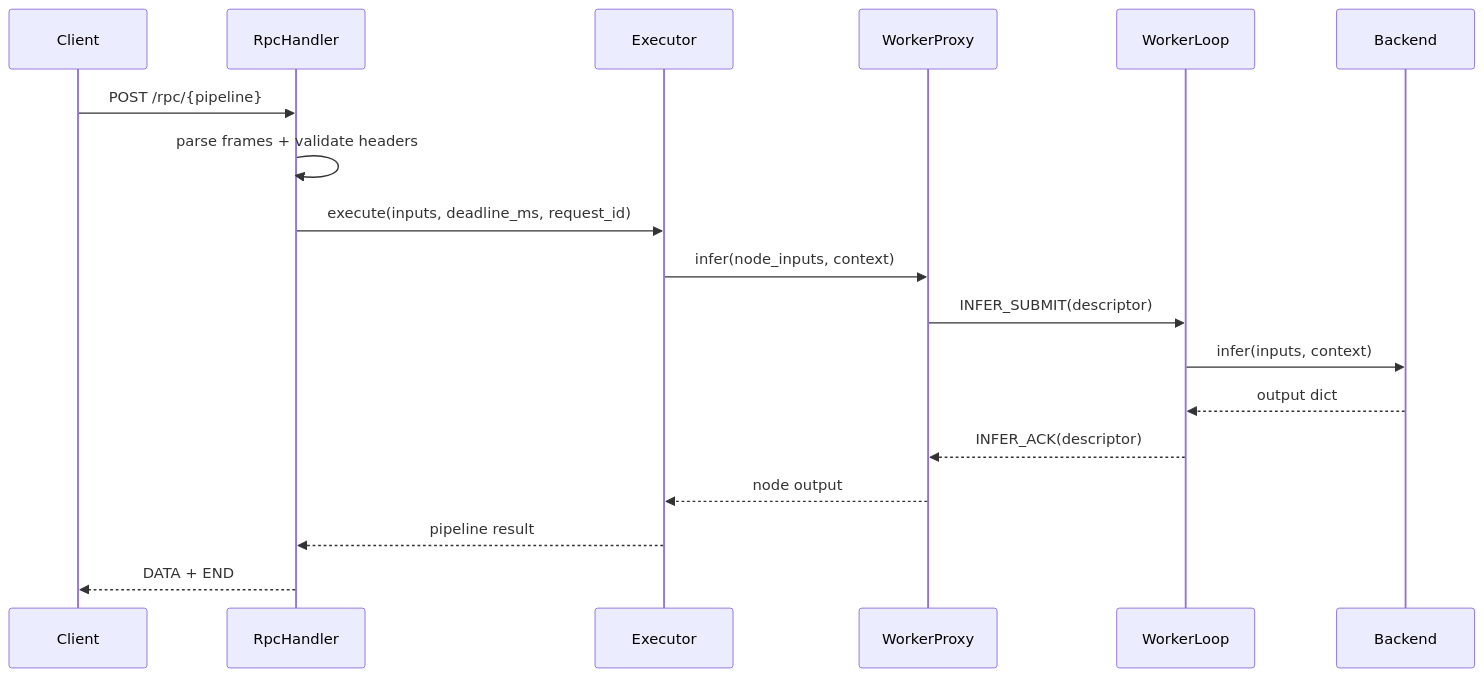
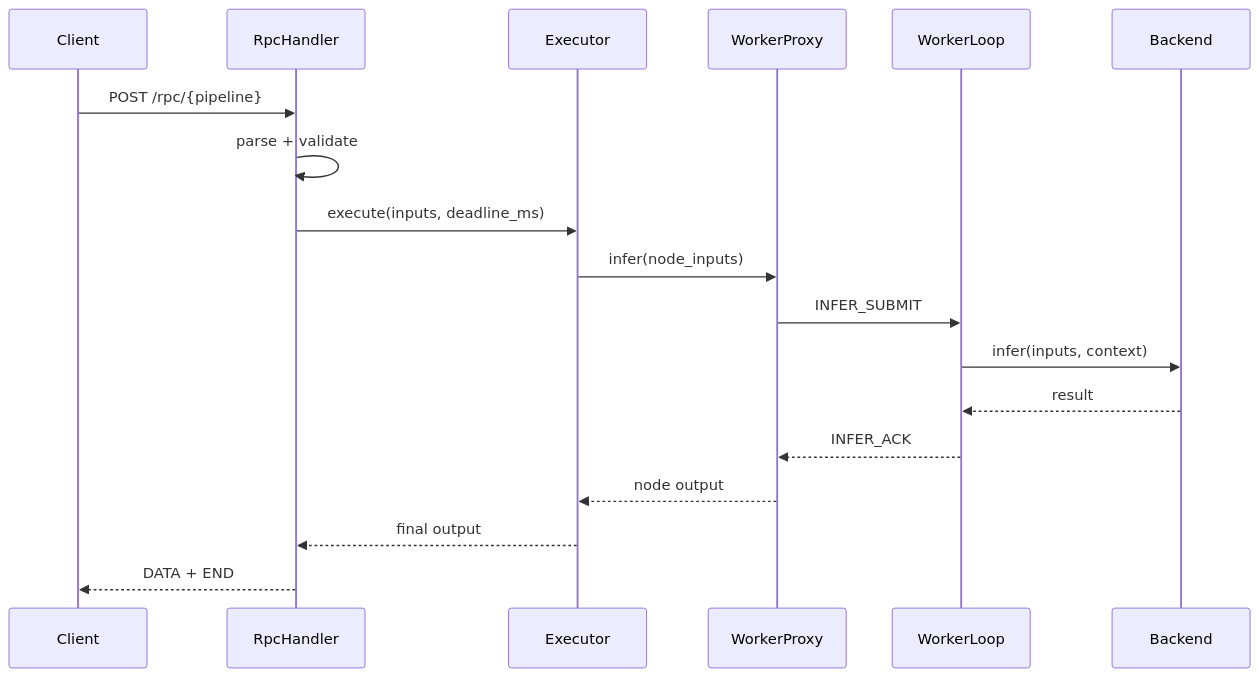
Before and after one commit to caitengwei/Nerva: the second of 3 diagrams in docs/design/架构设计.md, drawn with Mermaid. The commit also changed other lines of this file and 4 other files, not shown here.

````diff
--- a/docs/design/架构设计.md
+++ b/docs/design/架构设计.md
@@ -108,21 +84,21 @@
 ```mermaid
 sequenceDiagram
     participant CL as Client
     participant RH as RpcHandler
     participant EX as Executor
     participant PR as WorkerProxy
     participant WL as WorkerLoop
     participant BE as Backend
 
     CL->>RH: POST /rpc/{pipeline}
-    RH->>RH: parse frames + validate headers
-    RH->>EX: execute(inputs, deadline_ms, request_id)
-    EX->>PR: infer(node_inputs, context)
-    PR->>WL: INFER_SUBMIT(descriptor)
+    RH->>RH: parse + validate
+    RH->>EX: execute(inputs, deadline_ms)
+    EX->>PR: infer(node_inputs)
+    PR->>WL: INFER_SUBMIT
     WL->>BE: infer(inputs, context)
-    BE-->>WL: output dict
-    WL-->>PR: INFER_ACK(descriptor)
+    BE-->>WL: result
+    WL-->>PR: INFER_ACK
     PR-->>EX: node output
-    EX-->>RH: pipeline result
+    EX-->>RH: final output
     RH-->>CL: DATA + END
 ```
````
